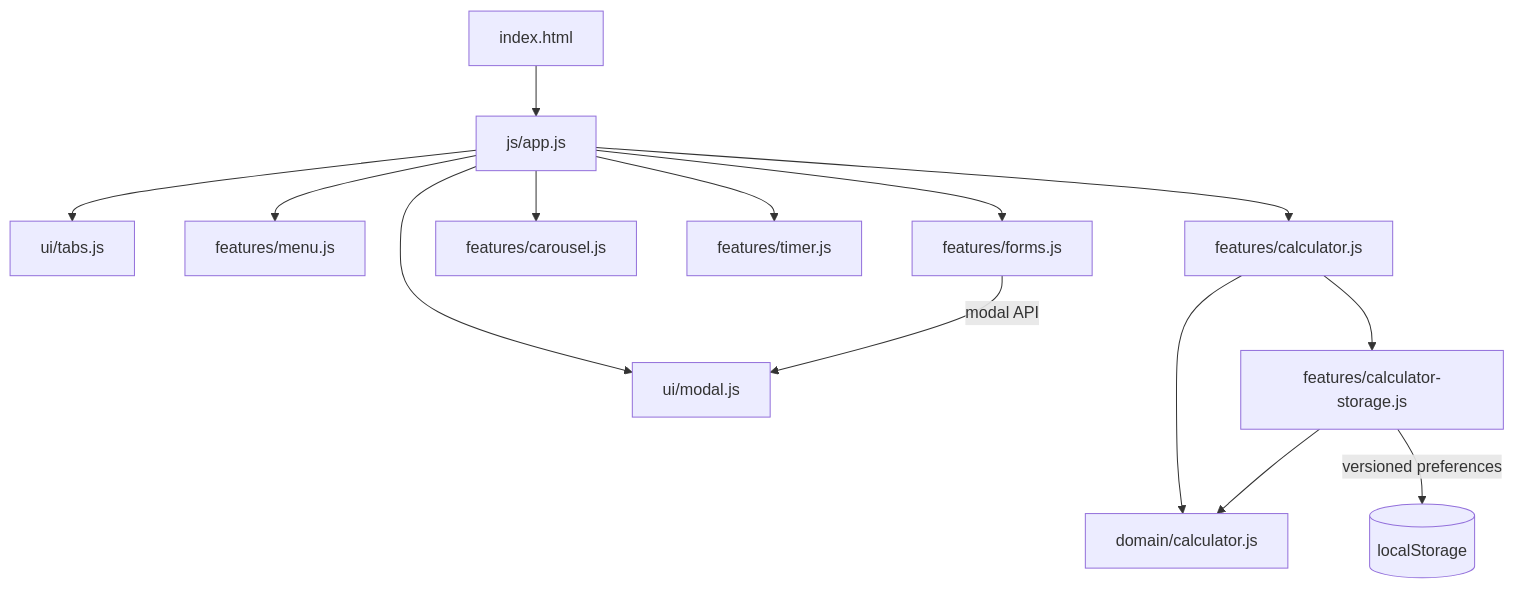
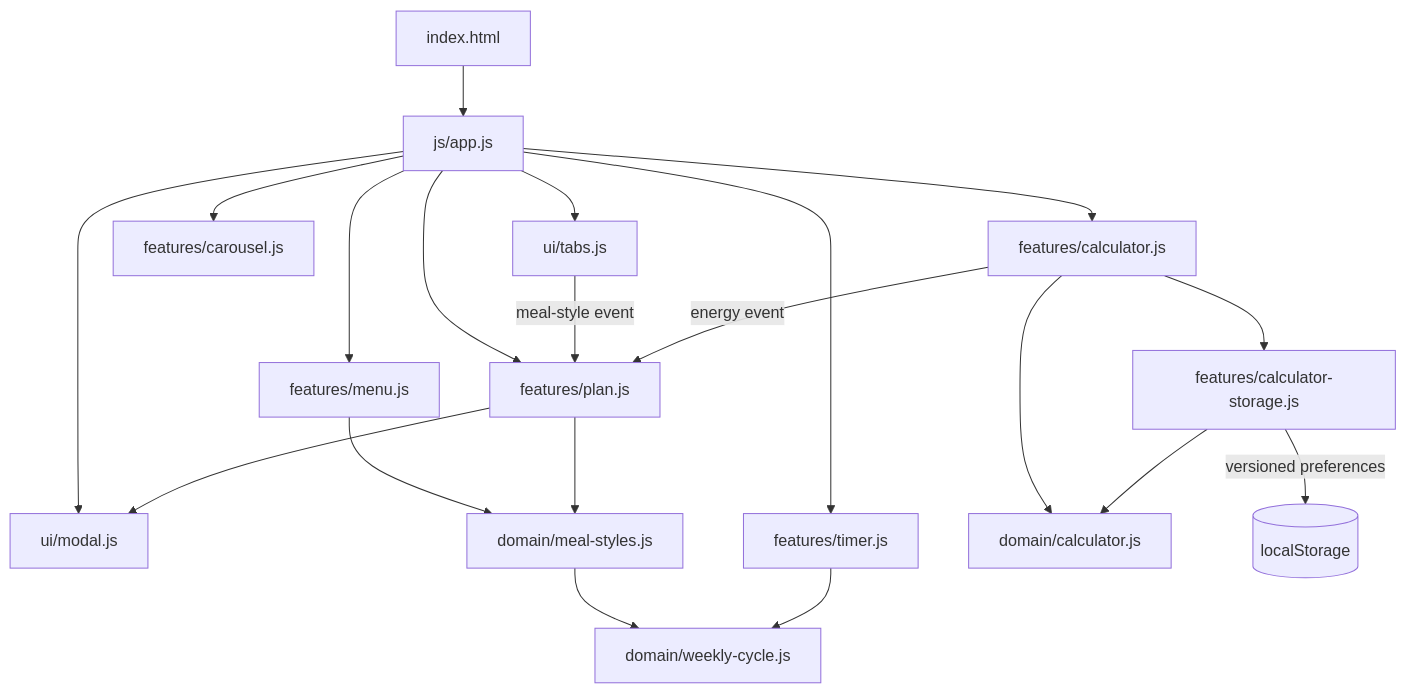
The diagram in ARCHITECTURE.md (MykolaDotsenko/Healthy-Lifestyle-Website-Vanilla-JS), drawn with Mermaid before and after one commit. The commit also changed other lines of this file, not shown here.

Commit message:
docs: align architecture with shared weekly and plan domains

````diff
--- a/ARCHITECTURE.md
+++ b/ARCHITECTURE.md
@@ -14,20 +14,26 @@
 ```mermaid
 flowchart TD
     HTML[index.html] --> APP[js/app.js]
 
     APP --> TABS[ui/tabs.js]
     APP --> MODAL[ui/modal.js]
     APP --> MENU[features/menu.js]
-    APP --> FORMS[features/forms.js]
+    APP --> PLAN[features/plan.js]
     APP --> CAROUSEL[features/carousel.js]
     APP --> TIMER[features/timer.js]
     APP --> CALC[features/calculator.js]
 
-    FORMS -->|modal API| MODAL
+    TABS -->|meal-style event| PLAN
+    CALC -->|energy event| PLAN
+    PLAN --> MODAL
 
-    CALC --> DOMAIN[domain/calculator.js]
+    MENU --> STYLES[domain/meal-styles.js]
+    PLAN --> STYLES
+    STYLES --> WEEKLY[domain/weekly-cycle.js]
+    TIMER --> WEEKLY
+
+    CALC --> CALCDOMAIN[domain/calculator.js]
     CALC --> STORAGE[features/calculator-storage.js]
-    STORAGE --> DOMAIN
-
+    STORAGE --> CALCDOMAIN
     STORAGE -->|versioned preferences| LS[(localStorage)]
 ```
````
